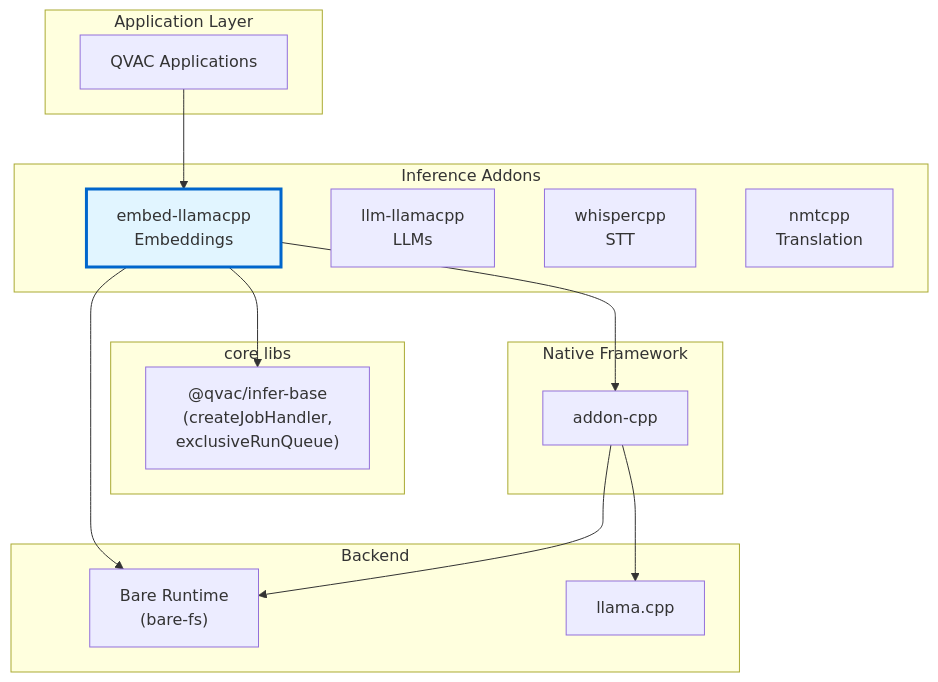
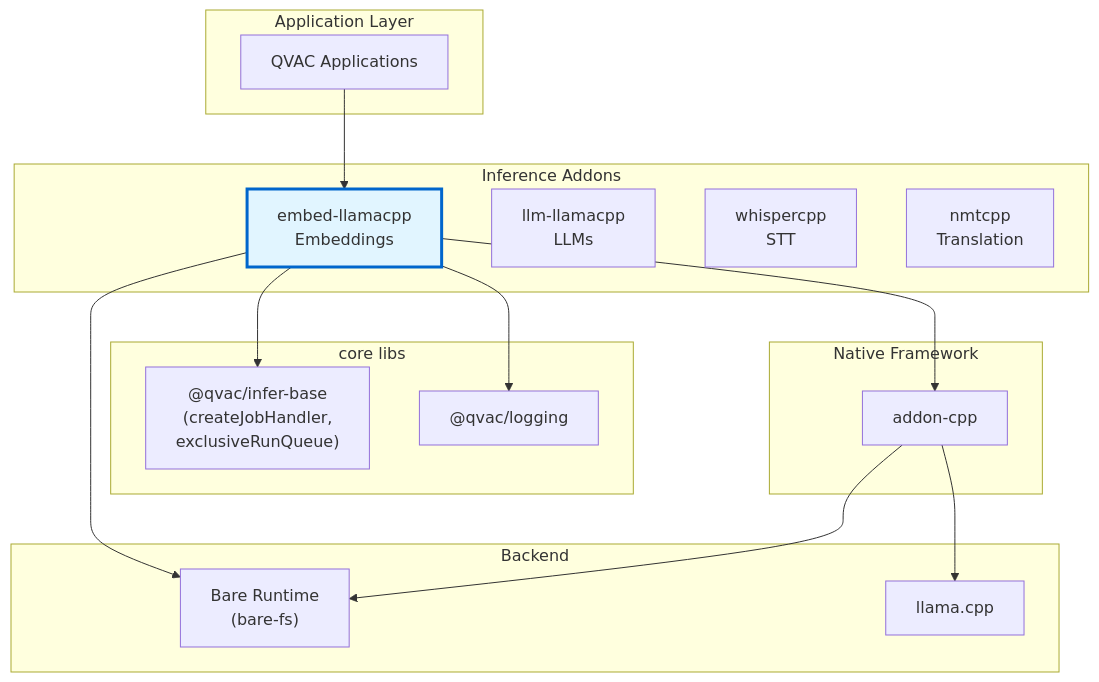
Before and after one commit to tetherto/qvac: the first of 4 diagrams in packages/embed-llamacpp/docs/architecture.md, drawn with Mermaid. The commit also changed other lines of this file and 7 other files, not shown here.

First line of the commit message:
doc: refresh inference addon architecture docs

````diff
--- a/packages/embed-llamacpp/docs/architecture.md
+++ b/packages/embed-llamacpp/docs/architecture.md
@@ -86,35 +88,37 @@
 ```mermaid
 graph TB
     subgraph "Application Layer"
         APP[QVAC Applications]
     end
     
     subgraph "Inference Addons"
         EMBED[embed-llamacpp<br/>Embeddings]
         LLM[llm-llamacpp<br/>LLMs]
         WHISPER[whispercpp<br/>STT]
         NMT[nmtcpp<br/>Translation]
     end
 
     subgraph "core libs"
         BASE["@qvac/infer-base<br/>(createJobHandler,<br/>exclusiveRunQueue)"]
+        LOG["@qvac/logging"]
     end
 
     subgraph "Native Framework"
         ADDON[addon-cpp]
     end
 
     subgraph "Backend"
         BARE["Bare Runtime<br/>(bare-fs)"]
         LLAMA[llama.cpp]
     end
 
     APP --> EMBED
     EMBED --> BASE
+    EMBED --> LOG
     EMBED --> ADDON
     EMBED --> BARE
     ADDON --> BARE
     ADDON --> LLAMA
 
     style EMBED fill:#e1f5ff,stroke:#0066cc,stroke-width:3px
 ```
````
